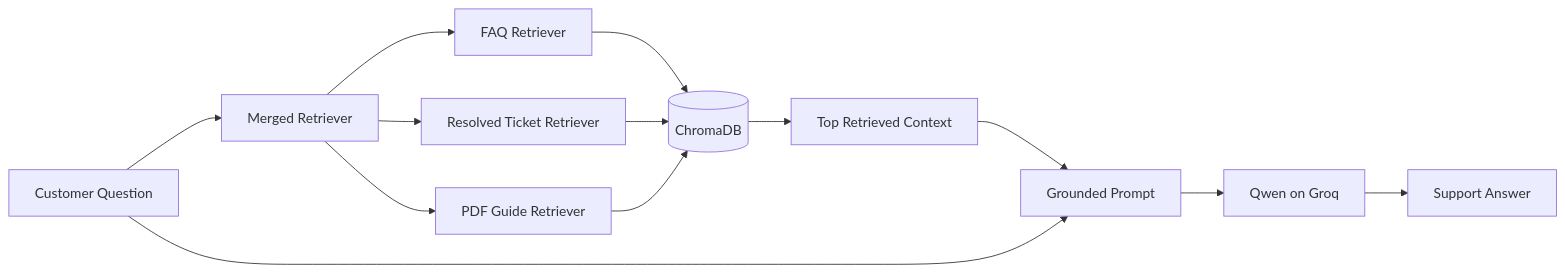
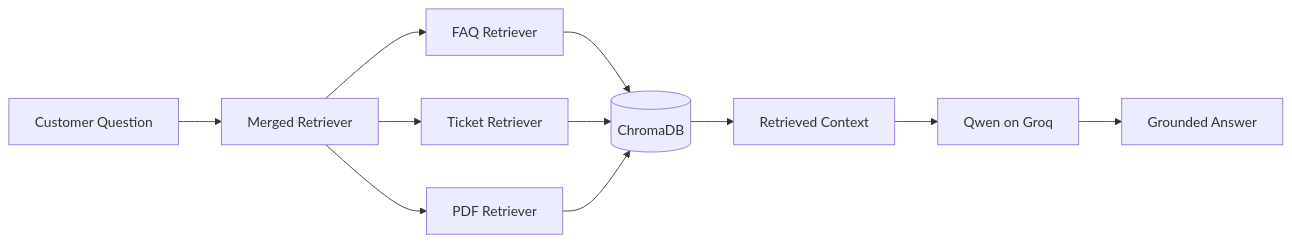
The second of 2 diagrams in README.md (chaitanya4595-afk/agentic-ai-projects), drawn with Mermaid before and after one commit. The commit also changed other lines of this file, not shown here.

````diff
--- a/README.md
+++ b/README.md
@@ -161,18 +87,13 @@
 ```mermaid
 flowchart LR
-    Q[Customer Question] --> MERGE[Merged Retriever]
-
-    MERGE --> FAQ[FAQ Retriever]
-    MERGE --> TICKETS[Resolved Ticket Retriever]
-    MERGE --> PDF[PDF Guide Retriever]
-
-    FAQ --> VECTOR[(ChromaDB)]
-    TICKETS --> VECTOR
-    PDF --> VECTOR
-
-    VECTOR --> CONTEXT[Top Retrieved Context]
-    CONTEXT --> PROMPT[Grounded Prompt]
-    Q --> PROMPT
-    PROMPT --> LLM[Qwen on Groq]
-    LLM --> RESPONSE[Support Answer]
+    Q[Customer Question] --> RET[Merged Retriever]
+    RET --> F[FAQ Retriever]
+    RET --> T[Ticket Retriever]
+    RET --> P[PDF Retriever]
+    F --> C[(ChromaDB)]
+    T --> C
+    P --> C
+    C --> CTX[Retrieved Context]
+    CTX --> L[Qwen on Groq]
+    L --> A[Grounded Answer]
 ```
````
